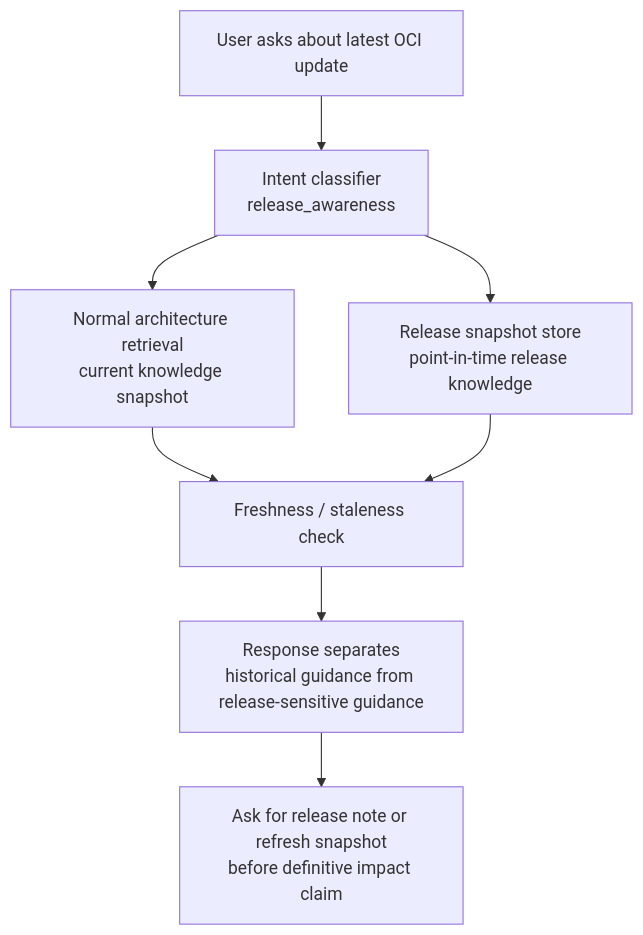
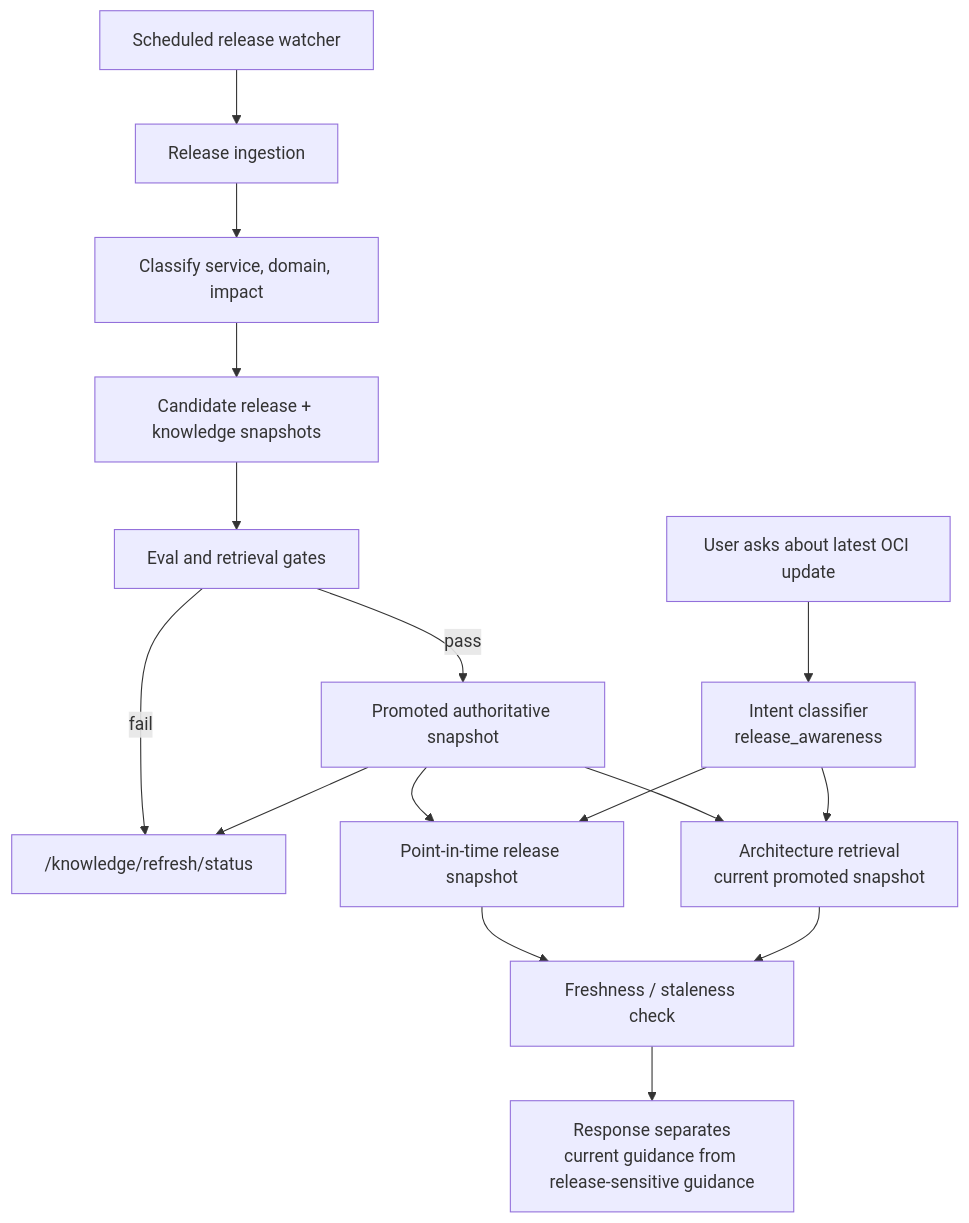
One commit to BfShaik/OCI-Architecture-Studio changed the fourth of 6 diagrams in docs/architecture-diagrams.md. Above: the diagram before and after it, drawn with Mermaid. The commit also changed other lines of this file and 14 other files, not shown here.

````diff
--- a/docs/architecture-diagrams.md
+++ b/docs/architecture-diagrams.md
@@ -155,17 +165,28 @@
 ```mermaid
 flowchart TD
+  Scheduler["Scheduled release watcher"]
+  ReleaseIngest["Release ingestion"]
+  Classify["Classify service, domain, impact"]
+  Candidate["Candidate release + knowledge snapshots"]
+  Gates["Eval and retrieval gates"]
+  Promote["Promoted authoritative snapshot"]
+  Status["/knowledge/refresh/status"]
   UserPrompt["User asks about latest OCI update"]
   Intent["Intent classifier\nrelease_awareness"]
-  Knowledge["Normal architecture retrieval\ncurrent knowledge snapshot"]
-  ReleaseSnapshot["Release snapshot store\npoint-in-time release knowledge"]
+  Knowledge["Architecture retrieval\ncurrent promoted snapshot"]
+  ReleaseSnapshot["Point-in-time release snapshot"]
   FreshnessCheck["Freshness / staleness check"]
-  Answer["Response separates\nhistorical guidance from release-sensitive guidance"]
-  NextStep["Ask for release note or refresh snapshot\nbefore definitive impact claim"]
+  Answer["Response separates\ncurrent guidance from release-sensitive guidance"]
 
+  Scheduler --> ReleaseIngest --> Classify --> Candidate --> Gates
+  Gates -->|pass| Promote --> Status
+  Gates -->|fail| Status
   UserPrompt --> Intent
   Intent --> Knowledge
   Intent --> ReleaseSnapshot
+  Promote --> Knowledge
+  Promote --> ReleaseSnapshot
   Knowledge --> FreshnessCheck
   ReleaseSnapshot --> FreshnessCheck
-  FreshnessCheck --> Answer --> NextStep
+  FreshnessCheck --> Answer
 ```
````
